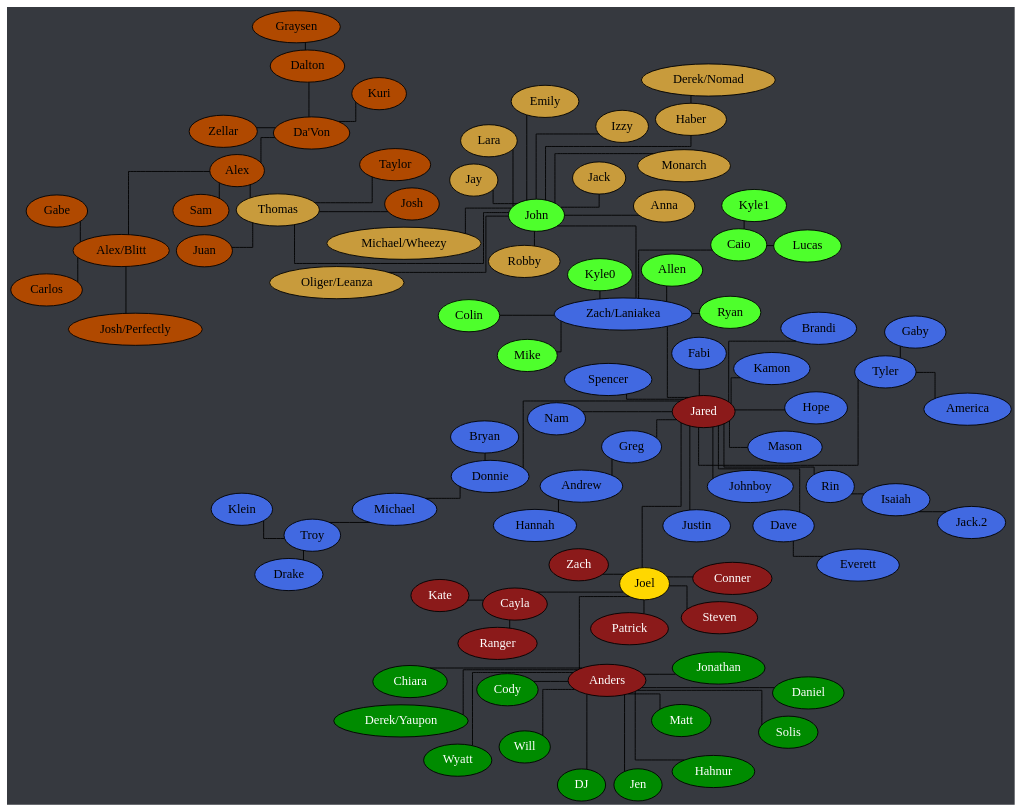
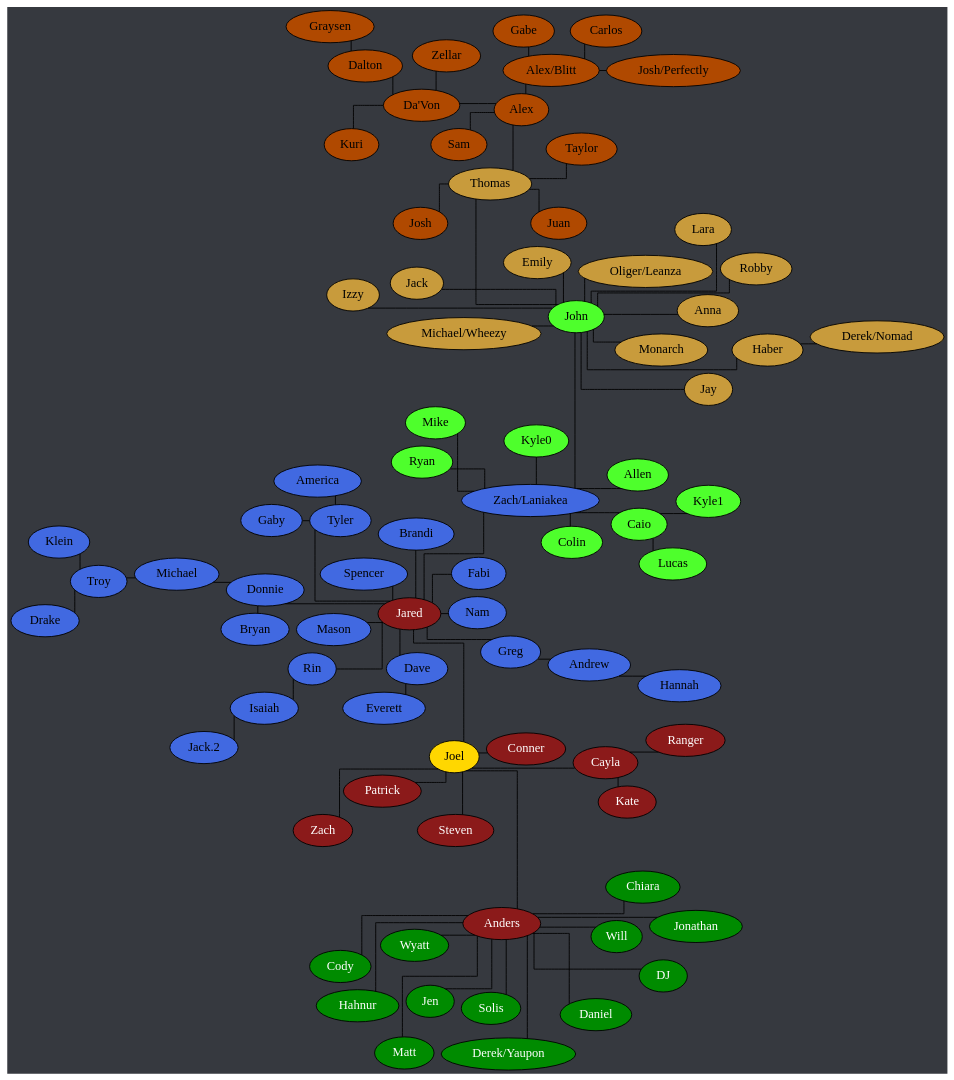
Before and after one commit to Documidas/CoronaCatzFamilyTree: the diagram in tree.dot, drawn with Graphviz. The commit also changed 1 other file, not shown here.

Commit message:
Remove Hope, Kamon, Justin, Johnboy

```diff
--- a/tree.dot
+++ b/tree.dot
@@ -1,133 +1,129 @@
 strict graph {
 	// Layout Configuration
 	layout = neato;
 	epsilon = 0.01;
 	mode = KK;
 	model = subset;
 	overlap = false;
 	splines = ortho;
 
 	// Visual Configuration
 	graph [truecolor=true bgcolor="#36393f"]
 	node [style=filled fillcolor="gray" fontcolor="black"]
 
 	subgraph "Joel" {
 		node [style=filled fillcolor="firebrick4" fontcolor="white"];
 		Joel [style=filled fillcolor="gold" fontcolor="black"];
 
 		Anders -- Joel;
 		Cayla -- Joel
 		Cayla -- Kate;
 		Cayla -- Ranger;
 		Joel -- Conner;
 		Joel -- Jared;
 		Joel -- Patrick;
 		Joel -- Steven;
 		Joel -- Zach;
 	}
 
 	subgraph "Anders" {
 		node [style=filled fillcolor="green4" fontcolor="white"];
 
 		Anders -- Chiara
 		Anders -- Cody;
 		Anders -- Daniel;
 		Anders -- "Derek/Yaupon";
 		Anders -- DJ;
 		Anders -- Hahnur;
 		Anders -- Jen;
 		Anders -- Jonathan;
 		Anders -- Matt;
 		Anders -- Solis;
 		Anders -- Will;
 		Anders -- Wyatt;
 	}
 
 	subgraph "Jared" {
 		node [style=filled fillcolor="royalblue" fontcolor="black"]
 
 		Andrew -- Hannah;
 		Dave -- Everett;
 		Donnie -- Bryan;
 		Donnie -- Michael;
 		Greg -- Andrew;
 		Isaiah -- "Jack.2";
 		Jared -- Brandi;
 		Jared -- Dave;
 		Jared -- Donnie;
 		Jared -- Fabi;
 		Jared -- Greg;
-		Jared -- Hope;
-		Jared -- Johnboy;
-		Jared -- Justin;
-		Jared -- Kamon;
 		Jared -- Mason;
 		Jared -- Nam;
 		Jared -- Rin;
 		Jared -- Spencer;
 		Jared -- Tyler;
 		Jared -- "Zach/Laniakea";
 		Michael -- Troy;
 		Rin -- Isaiah;
 		Tyler -- America;
 		Tyler -- Gaby;
 		Troy -- Drake;
 		Troy -- Klein;
 	}
 
 	subgraph "Zach/Laniakea" {
 		node [style=filled fillcolor="#4eff2c" fontcolor="black"]
 
 		Caio -- Kyle1;
 		Caio -- Lucas;
 		"Zach/Laniakea" -- Allen;
 		"Zach/Laniakea" -- Caio;
 		"Zach/Laniakea" -- Colin;
 		"Zach/Laniakea" -- John [ len = 10 ];
 		"Zach/Laniakea" -- Kyle0;
 		"Zach/Laniakea" -- Mike;
 		"Zach/Laniakea" -- Ryan;
 	}
 
 	subgraph "John" {
 		node [style=filled fillcolor="#c89b3c" fontcolor="black"]
 
 		Haber -- "Derek/Nomad";
 		John -- Anna;
 		John -- Emily;
 		John -- Haber;
 		John -- Jay;
 		John -- Jack;
 		John -- Lara;
 		John -- Monarch;
 		John -- "Oliger/Leanza";
 		John -- Thomas;
 	}
 
 	subgraph "John-stream" {
 		// node [style=filled fillcolor="#9147ff" fontcolor="black"]
 		node [style=filled fillcolor="#c89b3c" fontcolor="black"]
 
 		John -- Izzy;
 		John -- "Michael/Wheezy";
 		John -- Robby;
 	}
 
 	subgraph "Thomas" {
 		node [style=filled fillcolor="#b04900" fontcolor="black"]
 		Alex -- "Da'Von";
 		Alex -- "Alex/Blitt";
 		Alex -- Sam;
 		"Alex/Blitt" -- Carlos;
 		"Alex/Blitt" -- Gabe;
 		"Alex/Blitt" -- "Josh/Perfectly";
 		Dalton -- Graysen;
 		"Da'Von" -- Dalton;
 		"Da'Von" -- Kuri;
 		"Da'Von" -- Zellar;
 		Thomas -- Alex;
 		Thomas -- Josh;
 		Thomas -- Juan;
 		Thomas -- Taylor;
 	}
 }
```
